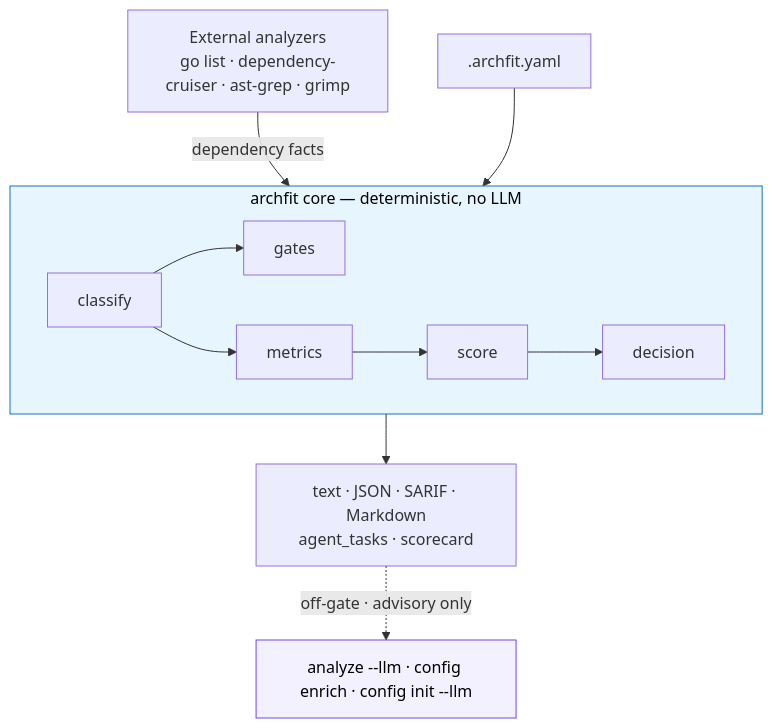
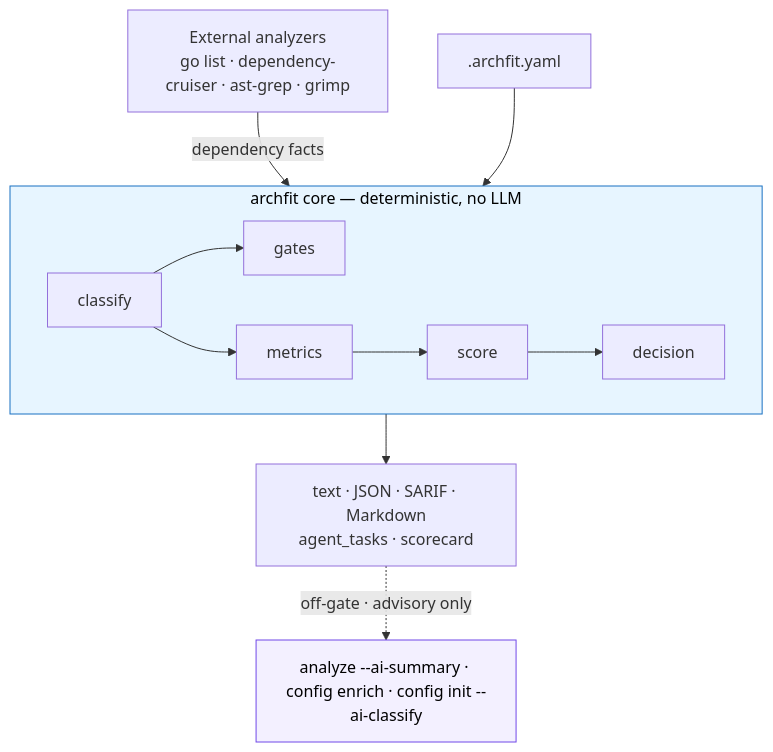
Before and after one commit to alexei-led/archfit: the second of 2 diagrams in README.md, drawn with Mermaid. The commit also changed other lines of this file and 56 other files, not shown here.

````diff
--- a/README.md
+++ b/README.md
@@ -166,17 +161,17 @@
 ```mermaid
 flowchart TB
     tools["External analyzers<br/>go list · dependency-cruiser · ast-grep · grimp"]
     CFG[".archfit.yaml"]
     tools -->|dependency facts| core
     CFG --> core
     subgraph core["archfit core — deterministic, no LLM"]
         direction LR
         CL[classify] --> RU[gates]
         CL --> ME[metrics] --> SC[score] --> DE[decision]
     end
     core --> OUT["text · JSON · SARIF · Markdown<br/>agent_tasks · scorecard"]
-    OUT -. off-gate · advisory only .-> LLM["analyze --llm · config enrich · config init --llm"]
+    OUT -. off-gate · advisory only .-> LLM["analyze --ai-summary · config enrich · config init --ai-classify"]
     classDef side fill:#f3f0ff,stroke:#7048e8,color:#000;
     class LLM side;
     style core fill:#e7f5ff,stroke:#1971c2,color:#000;
 ```
````
